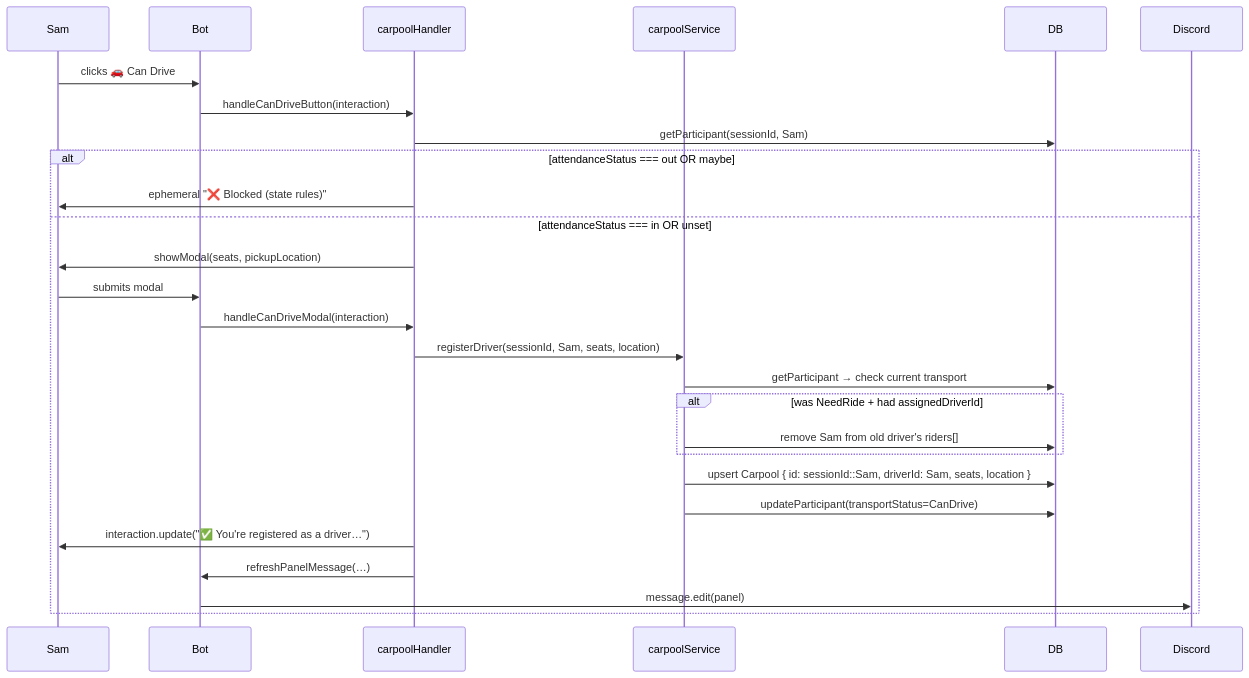
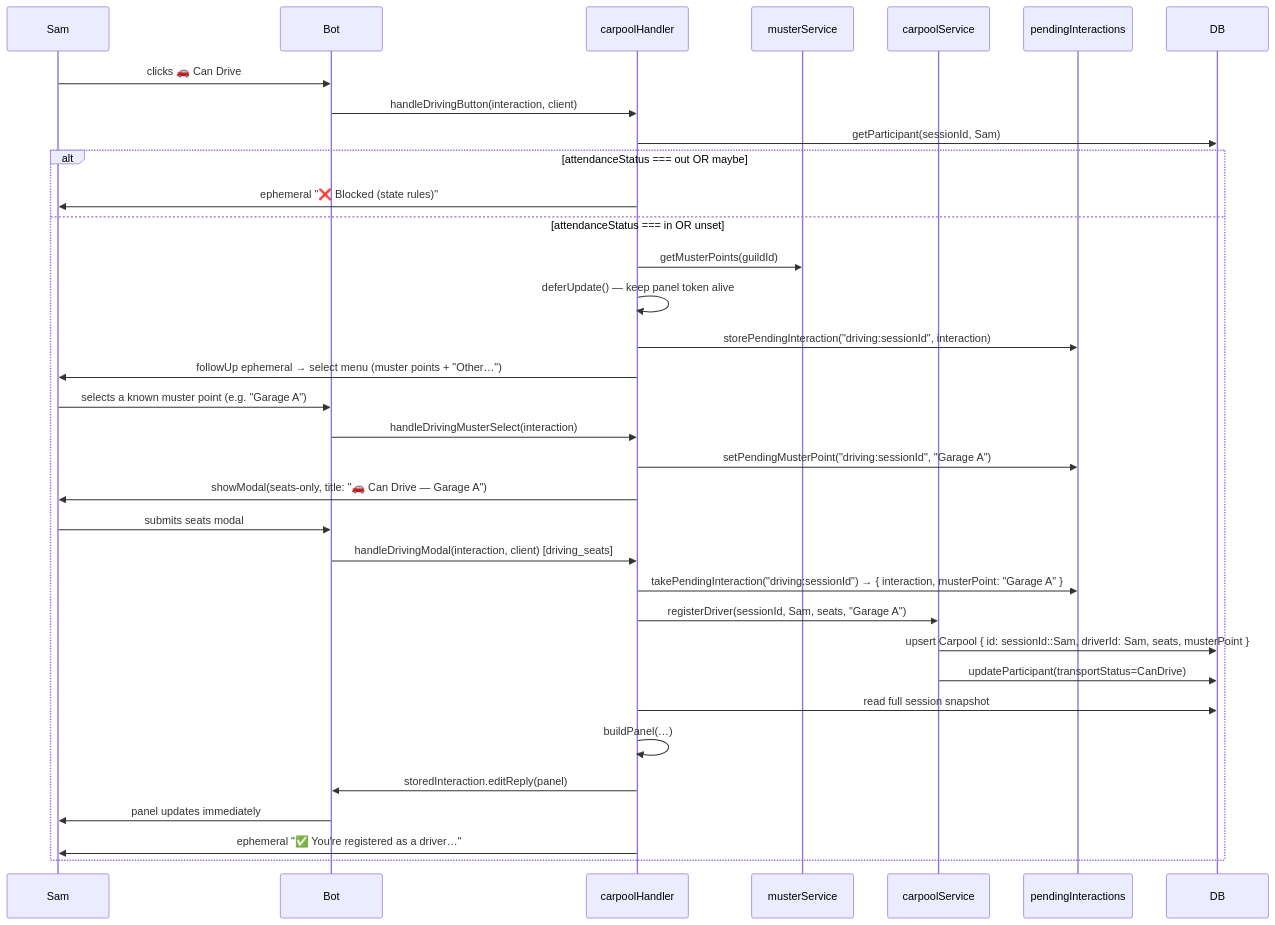
One commit to marlobello/munchassemble changed the fifth of 7 diagrams in docs/sequence-diagrams.md. Above: the diagram before and after it, drawn with Mermaid. The commit also changed other lines of this file and 5 other files, not shown here.

First line of the commit message:
fix: align multi-step UX flows and fix panel refresh for Components V2

````diff
--- a/docs/sequence-diagrams.md
+++ b/docs/sequence-diagrams.md
@@ -110,29 +148,39 @@
 ```mermaid
 sequenceDiagram
     participant Sam
     participant Bot
     participant carpoolHandler
+    participant musterService
     participant carpoolService
+    participant pendingStore as pendingInteractions
     participant DB
 
     Sam->>Bot: clicks 🚗 Can Drive
-    Bot->>carpoolHandler: handleCanDriveButton(interaction)
+    Bot->>carpoolHandler: handleDrivingButton(interaction, client)
     carpoolHandler->>DB: getParticipant(sessionId, Sam)
     alt attendanceStatus === out OR maybe
         carpoolHandler->>Sam: ephemeral "❌ Blocked (state rules)"
     else attendanceStatus === in OR unset
-        carpoolHandler->>Sam: showModal(seats, pickupLocation)
-        Sam->>Bot: submits modal
-        Bot->>carpoolHandler: handleCanDriveModal(interaction)
-        carpoolHandler->>carpoolService: registerDriver(sessionId, Sam, seats, location)
-        carpoolService->>DB: getParticipant → check current transport
-        alt was NeedRide + had assignedDriverId
-            carpoolService->>DB: remove Sam from old driver's riders[]
-        end
-        carpoolService->>DB: upsert Carpool { id: sessionId::Sam, driverId: Sam, seats, location }
+        carpoolHandler->>musterService: getMusterPoints(guildId)
+        carpoolHandler->>carpoolHandler: deferUpdate() — keep panel token alive
+        carpoolHandler->>pendingStore: storePendingInteraction("driving:sessionId", interaction)
+        carpoolHandler->>Sam: followUp ephemeral → select menu (muster points + "Other…")
+
+        Sam->>Bot: selects a known muster point (e.g. "Garage A")
+        Bot->>carpoolHandler: handleDrivingMusterSelect(interaction)
+        carpoolHandler->>pendingStore: setPendingMusterPoint("driving:sessionId", "Garage A")
+        carpoolHandler->>Sam: showModal(seats-only, title: "🚗 Can Drive — Garage A")
+
+        Sam->>Bot: submits seats modal
+        Bot->>carpoolHandler: handleDrivingModal(interaction, client) [driving_seats]
+        carpoolHandler->>pendingStore: takePendingInteraction("driving:sessionId") → { interaction, musterPoint: "Garage A" }
+        carpoolHandler->>carpoolService: registerDriver(sessionId, Sam, seats, "Garage A")
+        carpoolService->>DB: upsert Carpool { id: sessionId::Sam, driverId: Sam, seats, musterPoint }
         carpoolService->>DB: updateParticipant(transportStatus=CanDrive)
-        carpoolHandler->>Sam: interaction.update("✅ You're registered as a driver…")
-        carpoolHandler->>Bot: refreshPanelMessage(…)
-        Bot->>Discord: message.edit(panel)
+        carpoolHandler->>DB: read full session snapshot
+        carpoolHandler->>carpoolHandler: buildPanel(…)
+        carpoolHandler->>Bot: storedInteraction.editReply(panel)
+        Bot->>Sam: panel updates immediately
+        carpoolHandler->>Sam: ephemeral "✅ You're registered as a driver…"
     end
 ```
````
